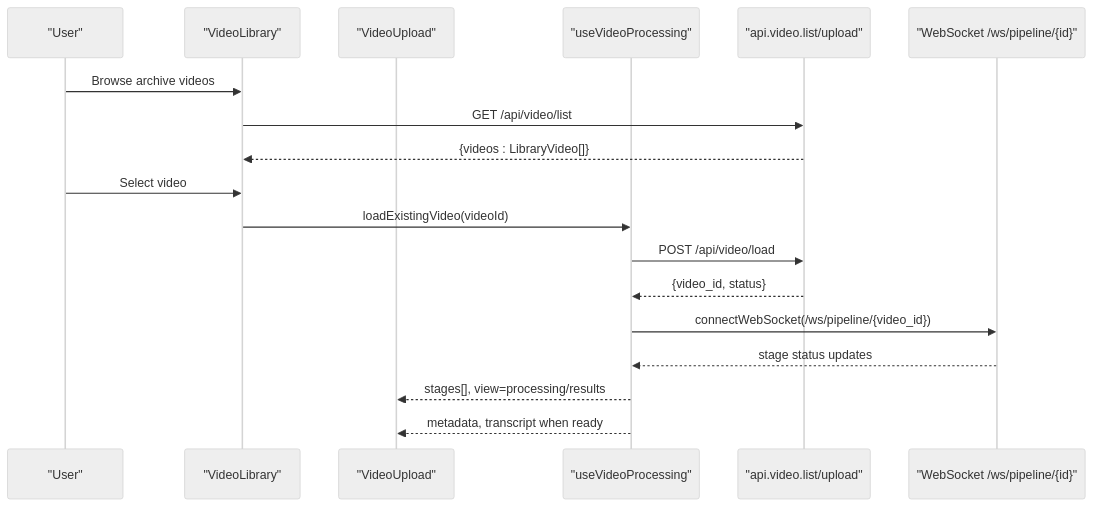
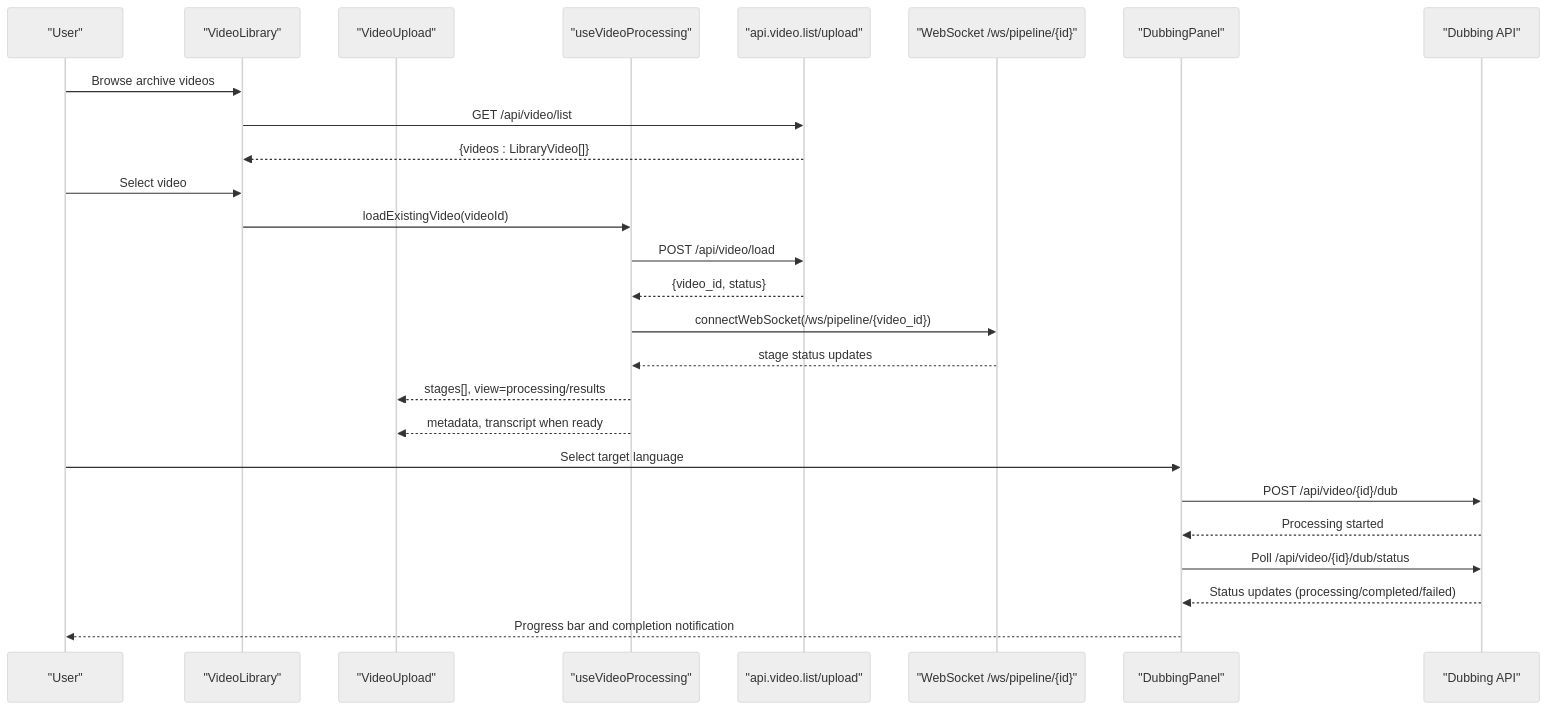
The second of 3 diagrams in .qoder/repowiki/en/content/Frontend Application/Component Library.md (alexandreybasta-cyber/dubai-media-ai), drawn with Mermaid (neutral theme) before and after one commit. The commit also changed other lines of this file and 20 other files, not shown here.

````diff
--- a/.qoder/repowiki/en/content/Frontend Application/Component Library.md
+++ b/.qoder/repowiki/en/content/Frontend Application/Component Library.md
@@ -187,20 +195,28 @@
 ```mermaid
 sequenceDiagram
 participant U as "User"
 participant VL as "VideoLibrary"
 participant VU as "VideoUpload"
 participant UV as "useVideoProcessing"
 participant API as "api.video.list/upload"
 participant WS as "WebSocket /ws/pipeline/{id}"
+participant DBP as "DubbingPanel"
+participant DAPI as "Dubbing API"
 U->>VL : Browse archive videos
 VL->>API : GET /api/video/list
 API-->>VL : {videos : LibraryVideo[]}
 U->>VL : Select video
 VL->>UV : loadExistingVideo(videoId)
 UV->>API : POST /api/video/load
 API-->>UV : {video_id, status}
 UV->>WS : connectWebSocket(/ws/pipeline/{video_id})
 WS-->>UV : stage status updates
 UV-->>VU : stages[], view=processing/results
 UV-->>VU : metadata, transcript when ready
+U->>DBP : Select target language
+DBP->>DAPI : POST /api/video/{id}/dub
+DAPI-->>DBP : Processing started
+DBP->>DAPI : Poll /api/video/{id}/dub/status
+DAPI-->>DBP : Status updates (processing/completed/failed)
+DBP-->>U : Progress bar and completion notification
 ```
````
